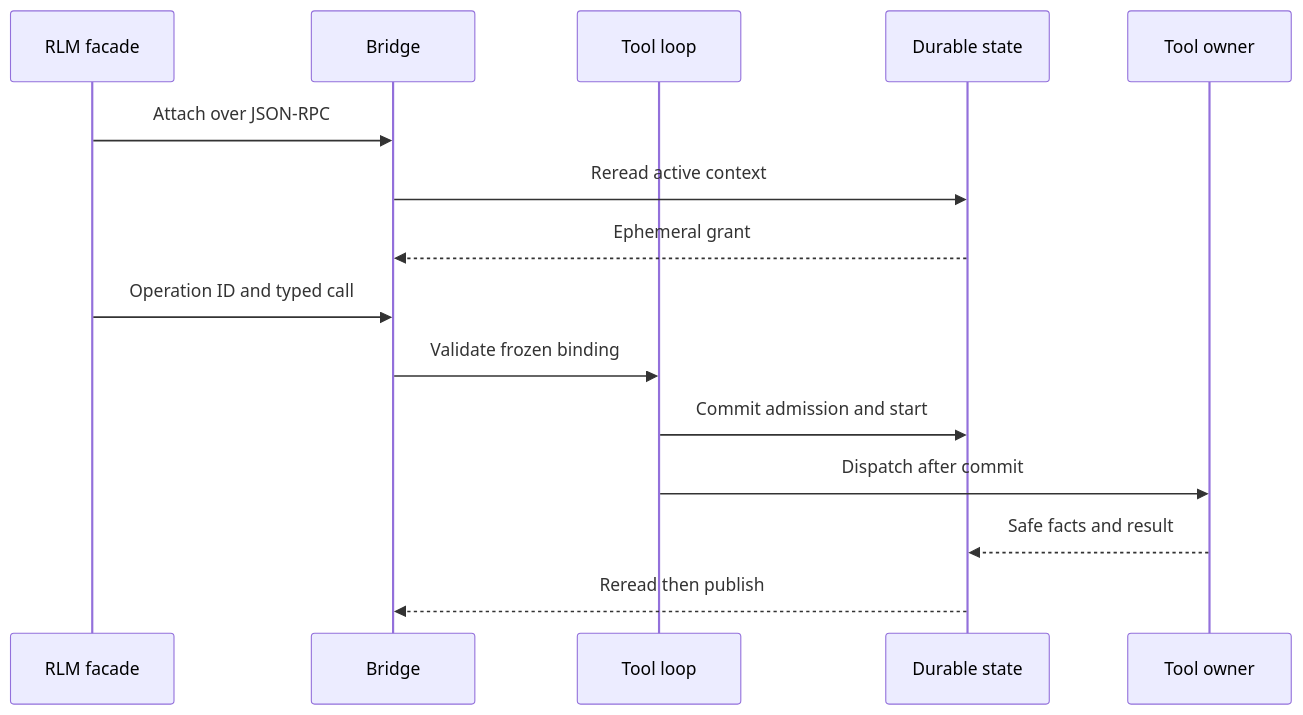
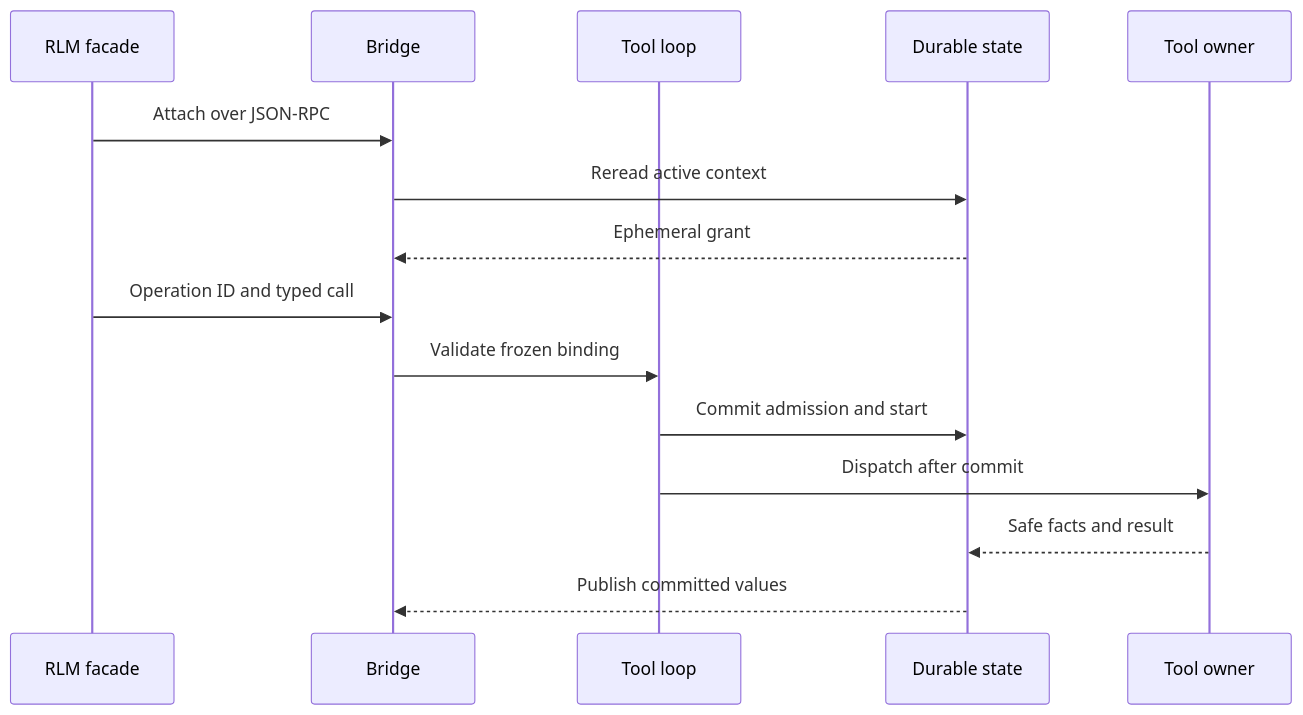
The diagram in docs/intention-relay/architecture/19-gateway-rlm-bridge.md (y0tsy/intention-relay), drawn with Mermaid before and after one commit. The commit also changed other lines of this file and 24 other files, not shown here.

````diff
--- a/docs/intention-relay/architecture/19-gateway-rlm-bridge.md
+++ b/docs/intention-relay/architecture/19-gateway-rlm-bridge.md
@@ -117,18 +111,18 @@
 ```mermaid
 sequenceDiagram
   participant F as RLM facade
   participant B as Bridge
   participant L as Tool loop
   participant D as Durable state
   participant T as Tool owner
 
   F->>B: Attach over JSON-RPC
   B->>D: Reread active context
   D-->>B: Ephemeral grant
   F->>B: Operation ID and typed call
   B->>L: Validate frozen binding
   L->>D: Commit admission and start
   L->>T: Dispatch after commit
   T-->>D: Safe facts and result
-  D-->>B: Reread then publish
+  D-->>B: Publish committed values
 ```
````
